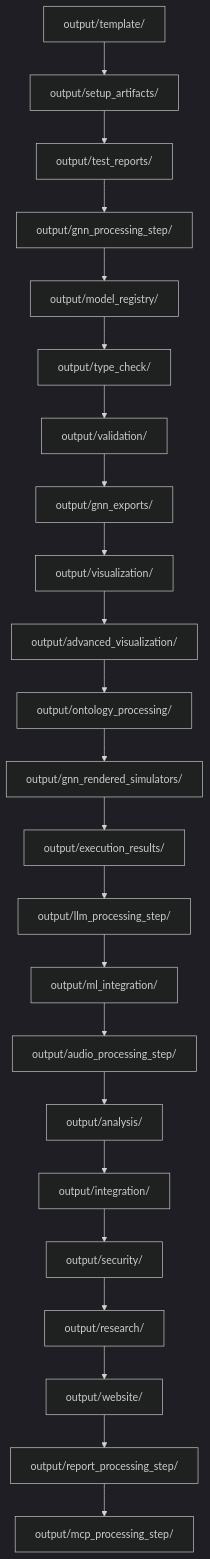
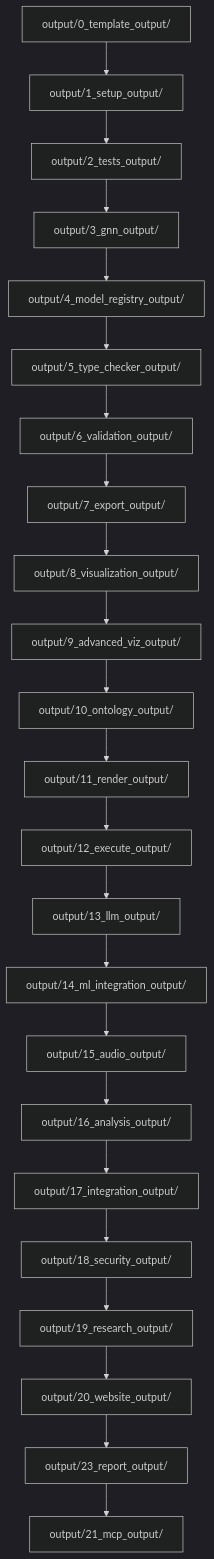
Before and after one commit to ActiveInferenceInstitute/GeneralizedNotationNotation: the fifth of 7 diagrams in DOCS.md, drawn with Mermaid (dark theme). The commit also changed other lines of this file and 207 other files, not shown here.

````diff
--- a/DOCS.md
+++ b/DOCS.md
@@ -108,25 +108,25 @@
 ```mermaid
 flowchart TD
-  O0[output/template/] --> O1[output/setup_artifacts/]
-  O1 --> O2[output/test_reports/]
-  O2 --> O3[output/gnn_processing_step/]
-  O3 --> O4[output/model_registry/]
-  O4 --> O5[output/type_check/]
-  O5 --> O6[output/validation/]
-  O6 --> O7[output/gnn_exports/]
-  O7 --> O8[output/visualization/]
-  O8 --> O9[output/advanced_visualization/]
-  O9 --> O10[output/ontology_processing/]
-  O10 --> O11[output/gnn_rendered_simulators/]
-  O11 --> O12[output/execution_results/]
-  O12 --> O13[output/llm_processing_step/]
-  O13 --> O14[output/ml_integration/]
-  O14 --> O15[output/audio_processing_step/]
-  O15 --> O16[output/analysis/]
-  O16 --> O17[output/integration/]
-  O17 --> O18[output/security/]
-  O18 --> O19[output/research/]
-  O19 --> O20[output/website/]
-  O20 --> O21[output/report_processing_step/]
-  O21 --> O22[output/mcp_processing_step/]
+  O0[output/0_template_output/] --> O1[output/1_setup_output/]
+  O1 --> O2[output/2_tests_output/]
+  O2 --> O3[output/3_gnn_output/]
+  O3 --> O4[output/4_model_registry_output/]
+  O4 --> O5[output/5_type_checker_output/]
+  O5 --> O6[output/6_validation_output/]
+  O6 --> O7[output/7_export_output/]
+  O7 --> O8[output/8_visualization_output/]
+  O8 --> O9[output/9_advanced_viz_output/]
+  O9 --> O10[output/10_ontology_output/]
+  O10 --> O11[output/11_render_output/]
+  O11 --> O12[output/12_execute_output/]
+  O12 --> O13[output/13_llm_output/]
+  O13 --> O14[output/14_ml_integration_output/]
+  O14 --> O15[output/15_audio_output/]
+  O15 --> O16[output/16_analysis_output/]
+  O16 --> O17[output/17_integration_output/]
+  O17 --> O18[output/18_security_output/]
+  O18 --> O19[output/19_research_output/]
+  O19 --> O20[output/20_website_output/]
+  O20 --> O21[output/23_report_output/]
+  O21 --> O22[output/21_mcp_output/]
 ```
````
